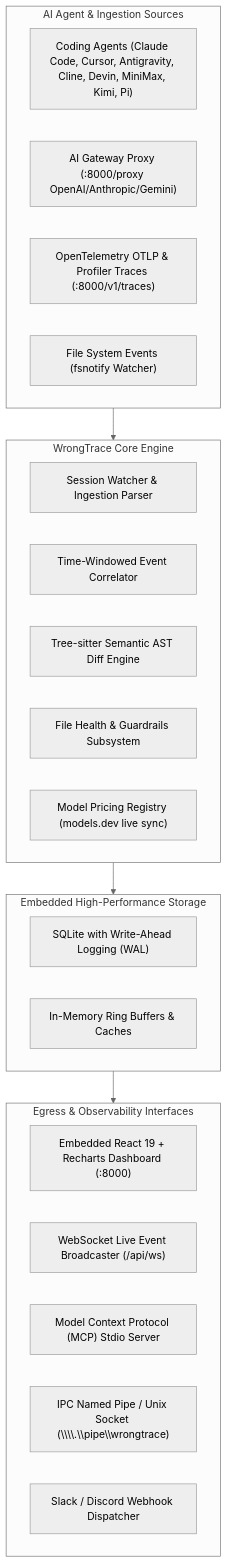
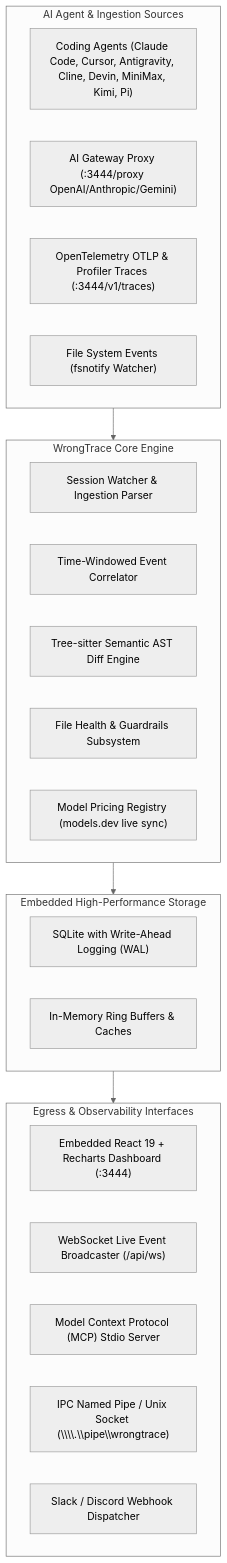
One commit to WrongStack/WrongTrace changed the diagram in docs/architecture.md. Above: the diagram before and after it, drawn with Mermaid (neutral theme). The commit also changed 13 other files, not shown here.

````diff
--- a/docs/architecture.md
+++ b/docs/architecture.md
@@ -9,34 +9,34 @@
 ```mermaid
 flowchart TD
     subgraph Sources ["AI Agent & Ingestion Sources"]
         A1["Coding Agents (Claude Code, Cursor, Antigravity, Cline, Devin, MiniMax, Kimi, Pi)"]
-        A2["AI Gateway Proxy (:8000/proxy OpenAI/Anthropic/Gemini)"]
-        A3["OpenTelemetry OTLP & Profiler Traces (:8000/v1/traces)"]
+        A2["AI Gateway Proxy (:3444/proxy OpenAI/Anthropic/Gemini)"]
+        A3["OpenTelemetry OTLP & Profiler Traces (:3444/v1/traces)"]
         A4["File System Events (fsnotify Watcher)"]
     end
 
     subgraph CoreEngine ["WrongTrace Core Engine"]
         E1["Session Watcher & Ingestion Parser"]
         E2["Time-Windowed Event Correlator"]
         E3["Tree-sitter Semantic AST Diff Engine"]
         E4["File Health & Guardrails Subsystem"]
         E5["Model Pricing Registry (models.dev live sync)"]
     end
 
     subgraph Storage ["Embedded High-Performance Storage"]
         S1["SQLite with Write-Ahead Logging (WAL)"]
         S2["In-Memory Ring Buffers & Caches"]
     end
 
     subgraph Interfaces ["Egress & Observability Interfaces"]
-        I1["Embedded React 19 + Recharts Dashboard (:8000)"]
+        I1["Embedded React 19 + Recharts Dashboard (:3444)"]
         I2["WebSocket Live Event Broadcaster (/api/ws)"]
         I3["Model Context Protocol (MCP) Stdio Server"]
         I4["IPC Named Pipe / Unix Socket (\\\\.\\pipe\\wrongtrace)"]
         I5["Slack / Discord Webhook Dispatcher"]
     end
 
     Sources --> CoreEngine
     CoreEngine --> Storage
     Storage --> Interfaces
 ```
````
